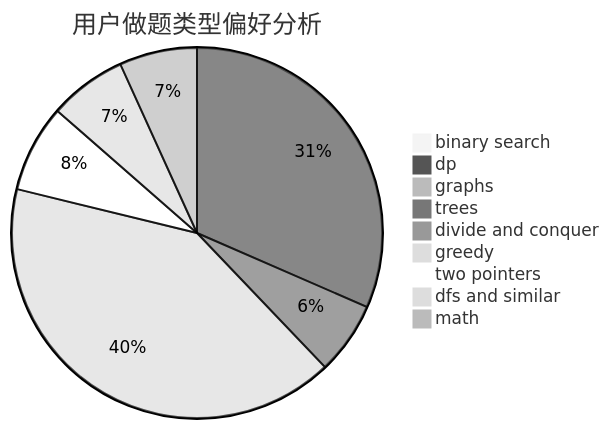
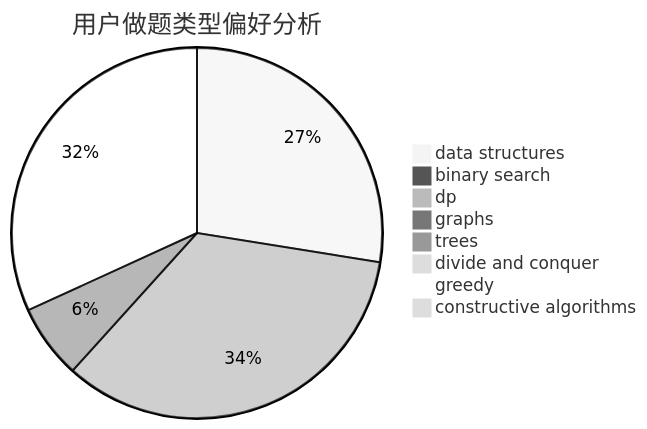
One commit to sherpahu/cfrs.github.io changed the second of 3 diagrams in docs/user/u1547.md. Above: the diagram before and after it, drawn with Mermaid (neutral theme). The commit also changed other lines of this file and 2775 other files, not shown here.

````diff
--- a/docs/user/u1547.md
+++ b/docs/user/u1547.md
@@ -23,12 +23,11 @@
 ```mermaid
 pie title 用户做题类型偏好分析
-    "binary search" :  18
-    "dp" :  637
+    "data structures" :  353
+    "binary search" :  0
+    "dp" :  438
     "graphs" :  4
-    "trees" :  128
-    "divide and conquer" :  9
-    "greedy" :  827
-    "two pointers" :  154
-    "dfs and similar" :  137
-    "math" :  137
+    "trees" :  83
+    "divide and conquer" :  0
+    "greedy" :  408
+    "constructive algorithms" :  9
 ```
````
